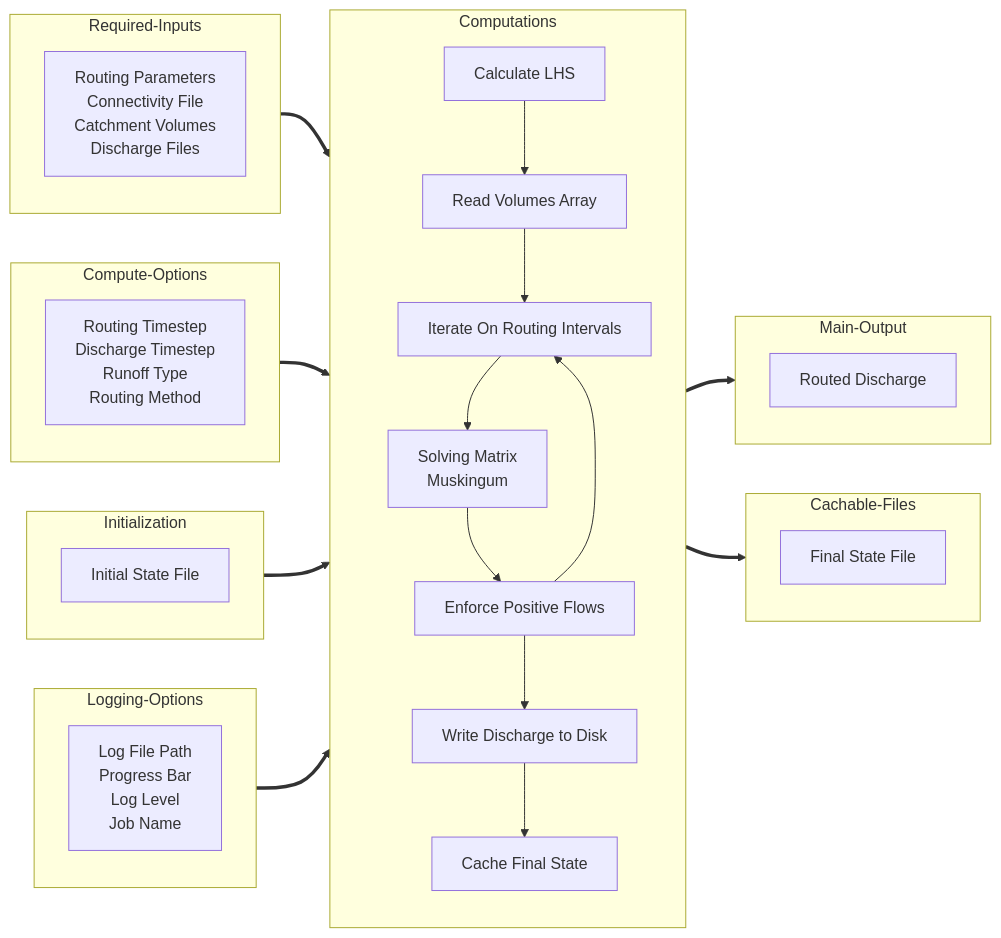
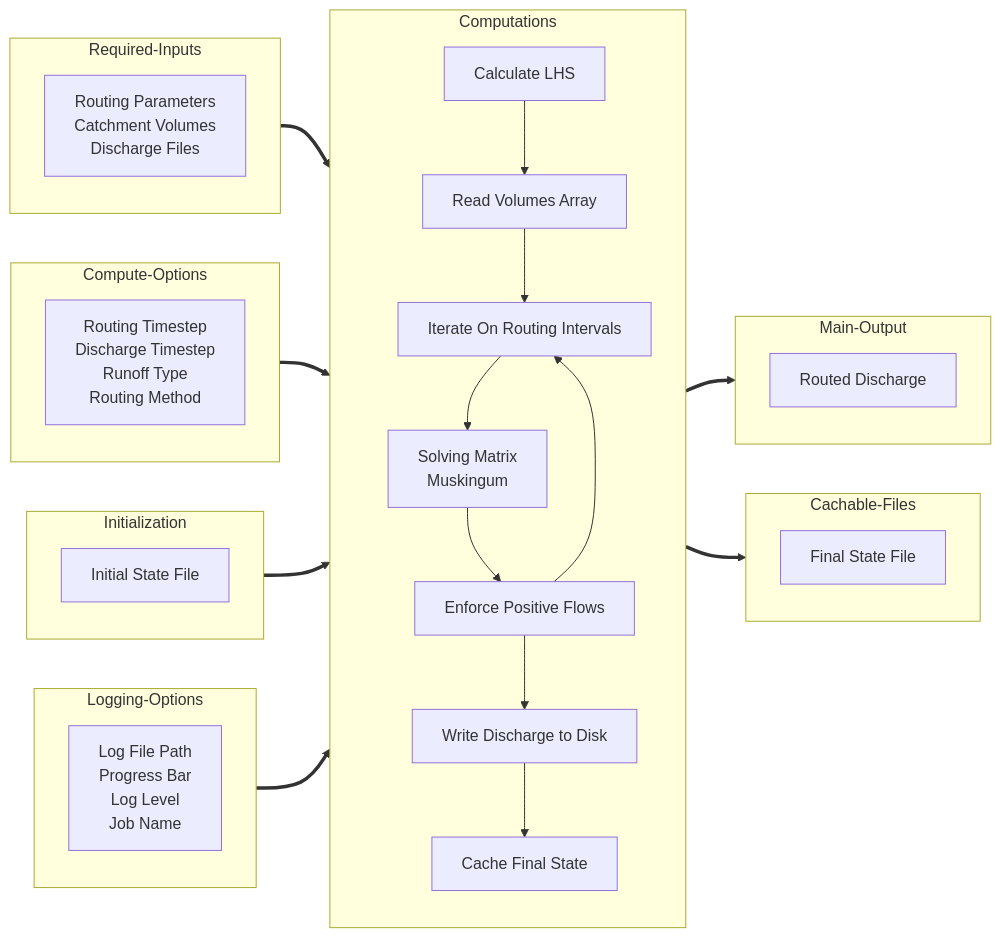
The diagram in docs/index.md (rileyhales/river-route), drawn with Mermaid before and after one commit. The commit also changed other lines of this file and 12 other files, not shown here.

````diff
--- a/docs/index.md
+++ b/docs/index.md
@@ -28,43 +28,43 @@
 ```mermaid
 ---
 Title: River Route Process Diagram
 ---
 graph LR
     subgraph "Required-Inputs"
-        Inputs["Routing Parameters\nConnectivity File\nCatchment Volumes\nDischarge Files"]
+        Inputs["Routing Parameters\nCatchment Volumes\nDischarge Files"]
     end
 
     subgraph "Compute-Options"
         co1["Routing Timestep\nDischarge Timestep\nRunoff Type\nRouting Method"]
     end
 
     subgraph "Initialization"
         i1["Initial State File"]
     end
 
     subgraph "Logging-Options"
         management["Log File Path\nProgress Bar\nLog Level\nJob Name"]
     end
 
     subgraph "Computations"
         direction TB
         a[Calculate LHS] --> b
         b[Read Volumes Array] --> c
         c[Iterate On Routing Intervals] --> d
         d[Solving Matrix\nMuskingum] --> e
         e[Enforce Positive Flows] --> f & c
         f[Write Discharge to Disk] --> g
         g[Cache Final State]
     end
 
     subgraph "Main-Output"
         Result[Routed Discharge]
     end
 
     subgraph "Cachable-Files"
         CachedFiles["Final State File"]
     end
 
     Required-Inputs & Compute-Options & Initialization & Logging-Options ==> Computations
     Computations ==> Main-Output & Cachable-Files
 ```
````
